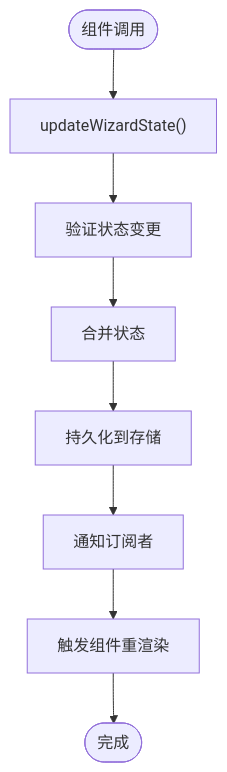
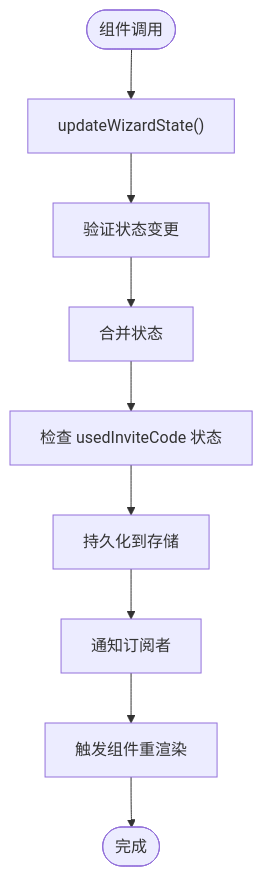
The sixth of 11 diagrams in .qoder/repowiki/zh/content/设置向导状态管理.md (verse-ai-org/openclaw), drawn with Mermaid before and after one commit. The commit also changed other lines of this file and 31 other files, not shown here.

````diff
--- a/.qoder/repowiki/zh/content/设置向导状态管理.md
+++ b/.qoder/repowiki/zh/content/设置向导状态管理.md
@@ -252,10 +273,11 @@
 ```mermaid
 flowchart TD
 Start([组件调用]) --> Action["updateWizardState()"]
 Action --> Validate["验证状态变更"]
 Validate --> Merge["合并状态"]
-Merge --> Persist["持久化到存储"]
+Merge --> CheckInvite["检查 usedInviteCode 状态"]
+CheckInvite --> Persist["持久化到存储"]
 Persist --> Notify["通知订阅者"]
 Notify --> Render["触发组件重渲染"]
 Render --> End([完成])
 ```
````
